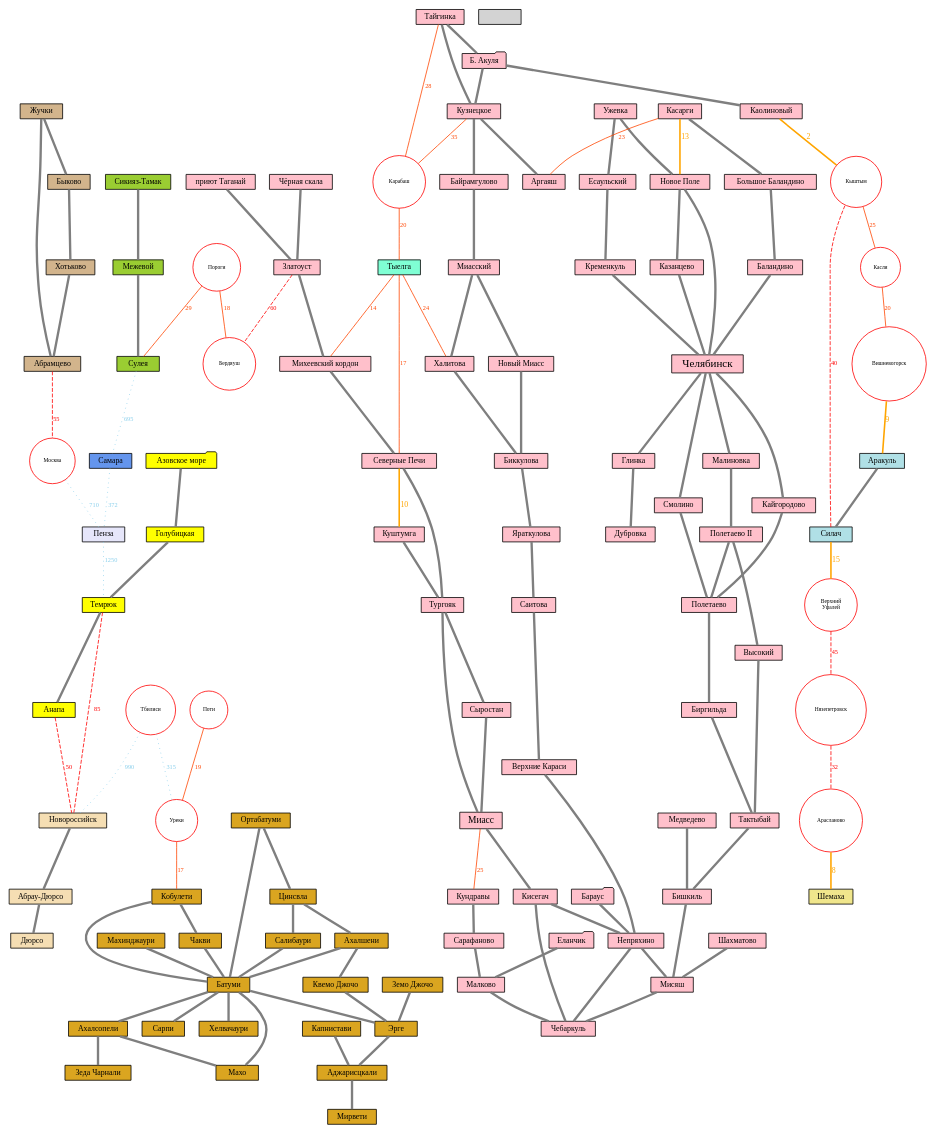
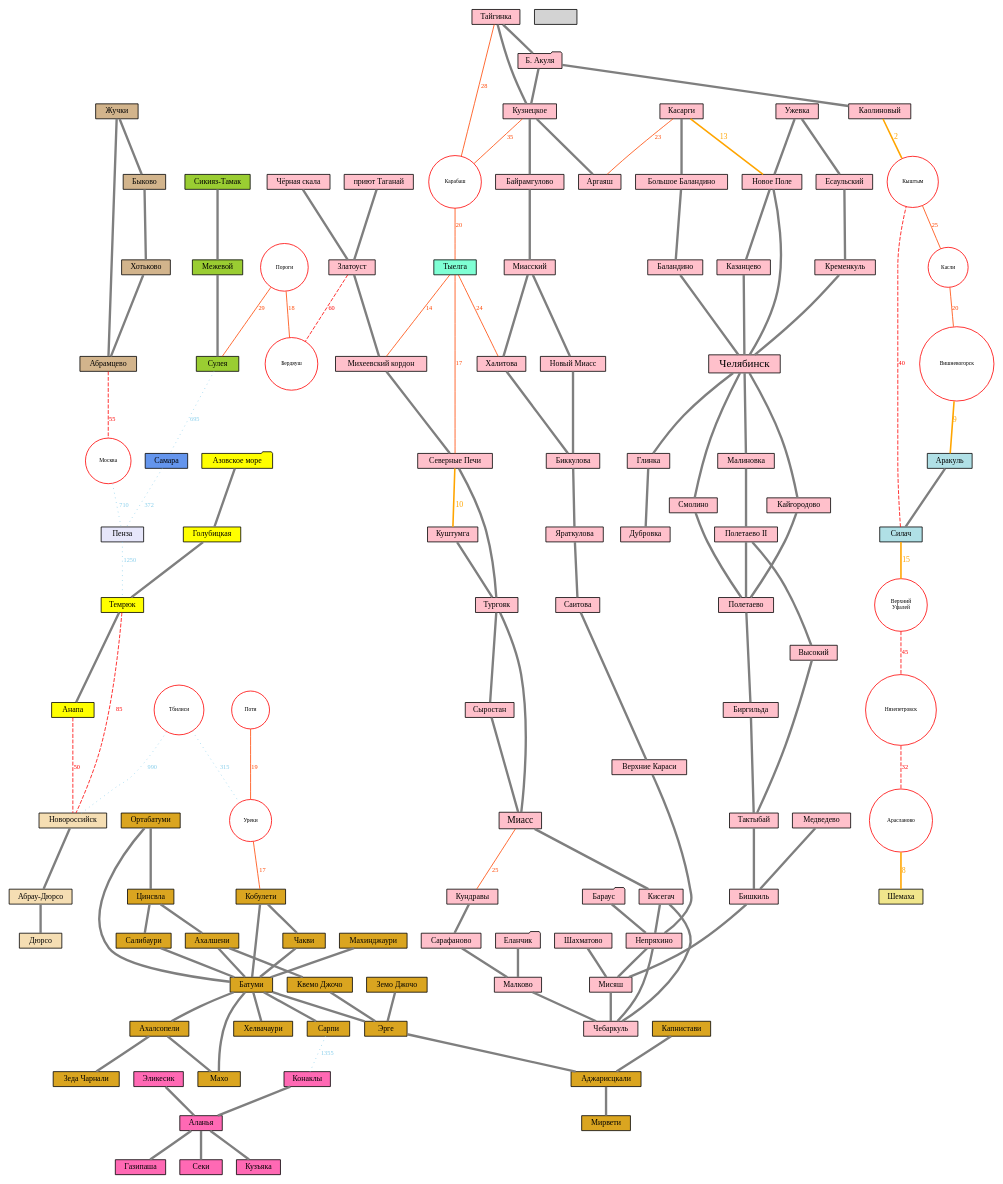
The diagram in bike-area.dot (shoorick/bike-area), drawn with Graphviz before and after one commit.

Commit message:
Expand coverage in Turkey

```diff
--- a/bike-area.dot
+++ b/bike-area.dot
@@ -1,171 +1,179 @@
 graph G {
     node [ shape=box, fontsize=10, fontname="Droid Sans", style=filled, height=0.2 ]
     edge [ color=gray50, penwidth=3, fontname="Droid Sans" ]
     graph [ overlap=false ]
 
     subgraph main {
         node [ fillcolor=pink ]
         Челябинск [ fontsize=14 ]
 
         "Б. Акуля" [ shape=folder ]
         "Бараус"   [ shape=folder ]
         "Еланчик"  [ shape=folder ]
 
         Миасс [ fontsize=12 ]
         Челябинск -- Смолино -- Полетаево -- Биргильда -- Тактыбай -- Бишкиль -- Мисяш -- Чебаркуль
         Ужевка -- "Новое Поле" -- Казанцево -- Челябинск
         "Новое Поле" -- Челябинск
         Челябинск -- Глинка -- Дубровка
         Челябинск -- Кайгородово -- Полетаево
         Ужевка -- Есаульский -- Кременкуль -- Челябинск
         Касарги -- "Большое Баландино" -- Баландино -- Челябинск
         Миасс -- Кисегач -- Чебаркуль
         Кисегач -- Непряхино -- Мисяш
         Шахматово -- Мисяш
         Медведево -- Бишкиль
         Челябинск -- Малиновка -- "Полетаево II" -- Высокий -- Тактыбай
         "Полетаево II" -- Полетаево
         "Б. Акуля" -- Кузнецкое -- Байрамгулово -- Миасский -- "Новый Миасс" -- Биккулова -- Яраткулова -- Саитова -- "Верхние Караси" -- Непряхино
         Кундравы -- Сарафаново -- Малково
         Бараус -- Непряхино -- Чебаркуль
         Миасский -- Халитова -- Биккулова
         Еланчик -- Малково -- Чебаркуль
         Тайгинка -- "Б. Акуля" -- Каолиновый
         Тайгинка -- Кузнецкое -- Аргаяш
         "Чёрная скала" -- Златоуст -- "Михеевский кордон" -- "Северные Печи"
         "приют Таганай" -- Златоуст
         "Северные Печи" -- Тургояк -- Миасс
         Куштумга -- Тургояк -- Сыростан -- Миасс
     }
 
     subgraph north {
         node [ fillcolor=powderblue ]
 
         Аракуль -- Силач
     }
 
     subgraph penza {
         node [ fillcolor=lavender ]
 
         Пенза
     }
 
     subgraph samara {
         node [ fillcolor=cornflowerblue ]
 
         Самара
     }
 
     subgraph shemakha {
         node [ fillcolor=khaki ]
 
         Шемаха
     }
 
     subgraph ai {
         node [ fillcolor=yellowgreen ]
 
         "Сикияз-Тамак" -- Межевой -- Сулея
     }
 
     subgraph south1 {
         node [ fillcolor=yellow ]
         "Азовское море" [ shape=folder ]
         "Азовское море" -- Голубицкая -- Темрюк -- Анапа
     }
 
     subgraph south2 {
         node [ fillcolor=wheat ]
 
         Новороссийск -- "Абрау-Дюрсо" -- Дюрсо
     }
 
     subgraph georgia {
         node [ fillcolor=goldenrod ]
 
         Кобулети -- Батуми -- Махо
         Махинджаури -- Батуми -- Сарпи
         Цинсвла -- Салибаури -- Батуми -- Хелвачаури
         Кобулети -- Чакви -- Батуми -- Ахалсопели -- "Зеда Чарнали"
         Ахалсопели -- Махо
         Капнистави -- Аджарисцкали -- Мирвети
         Ортабатуми -- Батуми
         Батуми -- Эрге -- Аджарисцкали
         Ахалшени -- Батуми
         Ортабатуми --Цинсвла -- Ахалшени -- "Квемо Джочо" -- Эрге
         "Земо Джочо" -- Эрге
     }
 
     subgraph tyelga {
         node [ fillcolor=aquamarine ]
 
         Тыелга
     }
 
     subgraph zhuchki {
         node [ fillcolor=tan ]
 
         Жучки -- Абрамцево
         Жучки -- Быково -- Хотьково -- Абрамцево
     }
+    subgraph turkey {
+        node [ fillcolor=hotpink ]
+
+        Конаклы -- Аланья -- Газипаша
+        Эликесик -- Аланья -- Секи
+        Аланья -- Кузъяка
+    }
 
     subgraph failed_cities {
         node [ shape="circle",fillcolor="white",color="red",fontsize=7, height=0.1 ]
 
         Арасланово Бердяуш "Верхний\nУфалей" Вишневогорск Карабаш Касли Кыштым
         Пороги Нязепетровск
         Москва
         Уреки Поти Тбилиси
     }
 
     subgraph failed {
 
         // Ближайшие — можно пройти за час
         edge [ color=orange, fontcolor=orange, fontsize=10, penwidth=2 ]
         Каолиновый -- Кыштым [ label=2 ]
         Вишневогорск -- Аракуль  [ label=9 ]
         "Северные Печи" -- Куштумга [ label=10 ]
         Касарги -- "Новое Поле" [ label=13 ]
         Силач -- "Верхний\nУфалей" [ label=15 ]
         Арасланово -- Шемаха [ label=8 ]
 
         // Ближние
         edge [ color=orangered, fontcolor=orangered, fontsize=8, penwidth=1 ]
         Пороги -- Бердяуш [ label=18 ]
         Миасс -- Кундравы [ label=25 ]
         Касарги -- Аргаяш [ label=23 ]
         Пороги -- Сулея  [ label=29 ]
         Кыштым -- Касли  [ label=25 ]
         Касли -- Вишневогорск [ label=20]
         Тыелга -- "Михеевский кордон" [ label=14 ]
         Тыелга -- "Северные Печи" [ label=17 ]
         Карабаш -- Тыелга [ label=20 ]
         Кузнецкое -- Карабаш [ label=35 ]
         Тайгинка -- Карабаш [ label=28 ]
         Тыелга -- Халитова [ label=24 ]
         Уреки -- Кобулети  [ label=17 ]
         Поти -- Уреки [ label=19 ]
 
         // Средние — можно пройти за день
         edge [ color=red, fontcolor=red, style="dashed" ]
         Силач -- Кыштым  [ label=40 ]
         Анапа -- Новороссийск [ label=50 ]
         Златоуст -- Бердяуш [ label=60 ]
         Нязепетровск -- Арасланово [ label=32 ]
         "Верхний\nУфалей" -- Нязепетровск [ label=45 ]
         Абрамцево -- Москва [ label=55 ]
         Темрюк -- Новороссийск [ label=85 ]
 
         // Дальние (от 100 км)
         edge [ color=plum, fontcolor=plum, style="dotted" ]
 
         // Самые дальние — нереально проехать
         edge [ color=skyblue, fontcolor=skyblue ]
         Тбилиси -- Уреки [ label=315 ]
         Самара -- Пенза [ label=372 ]
         Москва -- Пенза [ label=710 ]
         Сулея -- Самара [ label=695 ]
         Пенза -- Темрюк [ label=1250 ]
         Тбилиси -- Новороссийск [ label=990 ]
+        Сарпи -- Конаклы [ label=1355 ]
     }
 }
```
